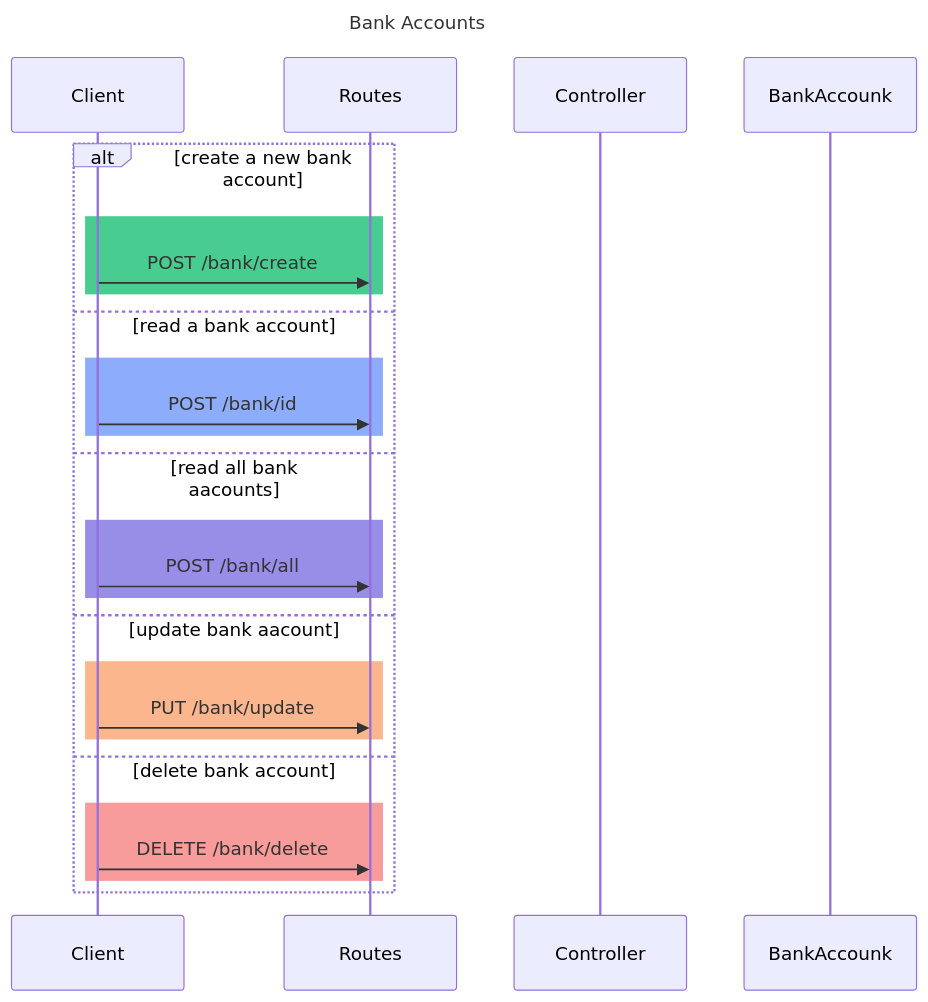
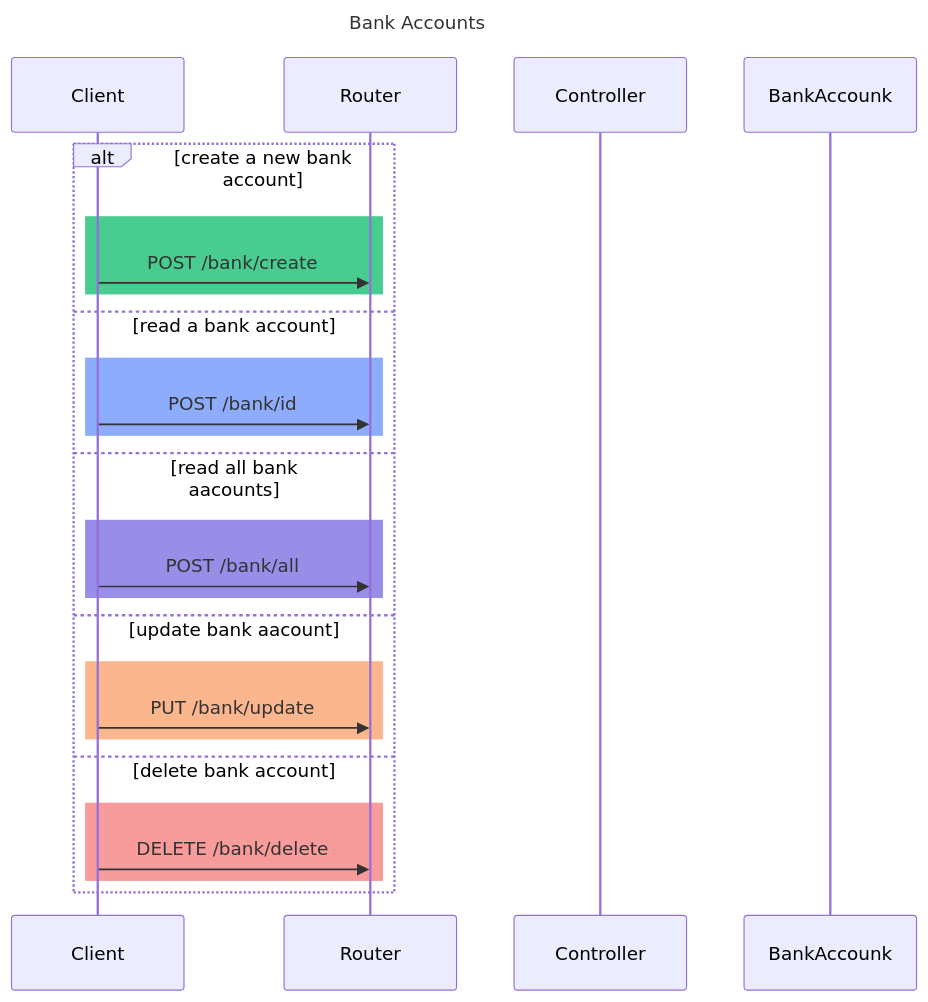
The diagram in design/Classes/Assets.mmd (SawatKia/WealthTracking), drawn with Mermaid before and after one commit. The commit also changed 7 other files, not shown here.

Commit message:
change Routes to Router

```diff
--- a/design/Classes/Assets.mmd
+++ b/design/Classes/Assets.mmd
@@ -1,28 +1,28 @@
 sequenceDiagram
     title Bank Accounts
     participant Client
-    participant Routes
+    participant Router
     participant Controller
     participant Bank as BankAccounk
 
     alt create a new bank account
         rect rgb(73,204,144)
-            Client->>Routes: POST /bank/create
+            Client->>Router: POST /bank/create
         end
     else read a bank account
         rect rgb(142,172,252)
-            Client->>Routes: POST /bank/id
+            Client->>Router: POST /bank/id
         end
     else read all bank aacounts
         rect rgb(152, 142, 232)
-            Client->>Routes: POST /bank/all
+            Client->>Router: POST /bank/all
         end
     else update bank aacount
         rect rgb(252,182,142)
-            Client->>Routes: PUT  /bank/update
+            Client->>Router: PUT  /bank/update
         end
     else delete bank account
         rect rgb(247,155,155)
-            Client->>Routes: DELETE /bank/delete
+            Client->>Router: DELETE /bank/delete
         end
     end
```
